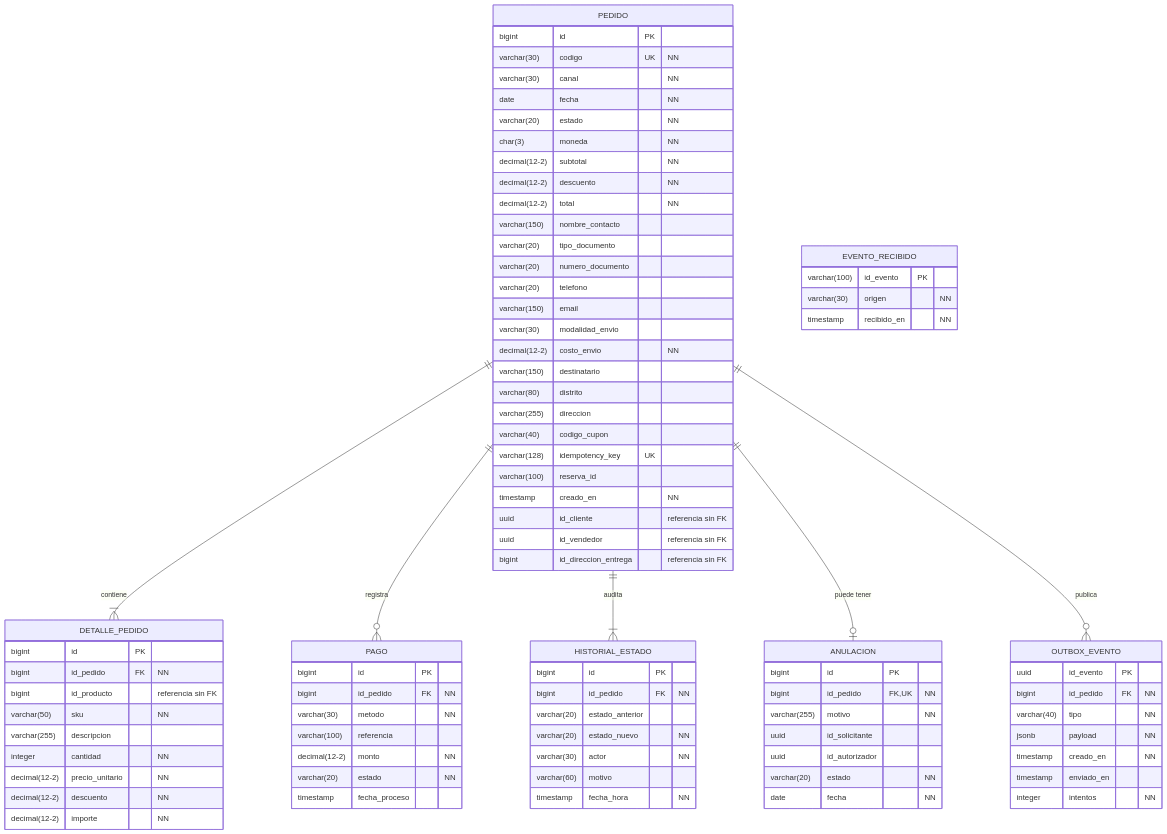
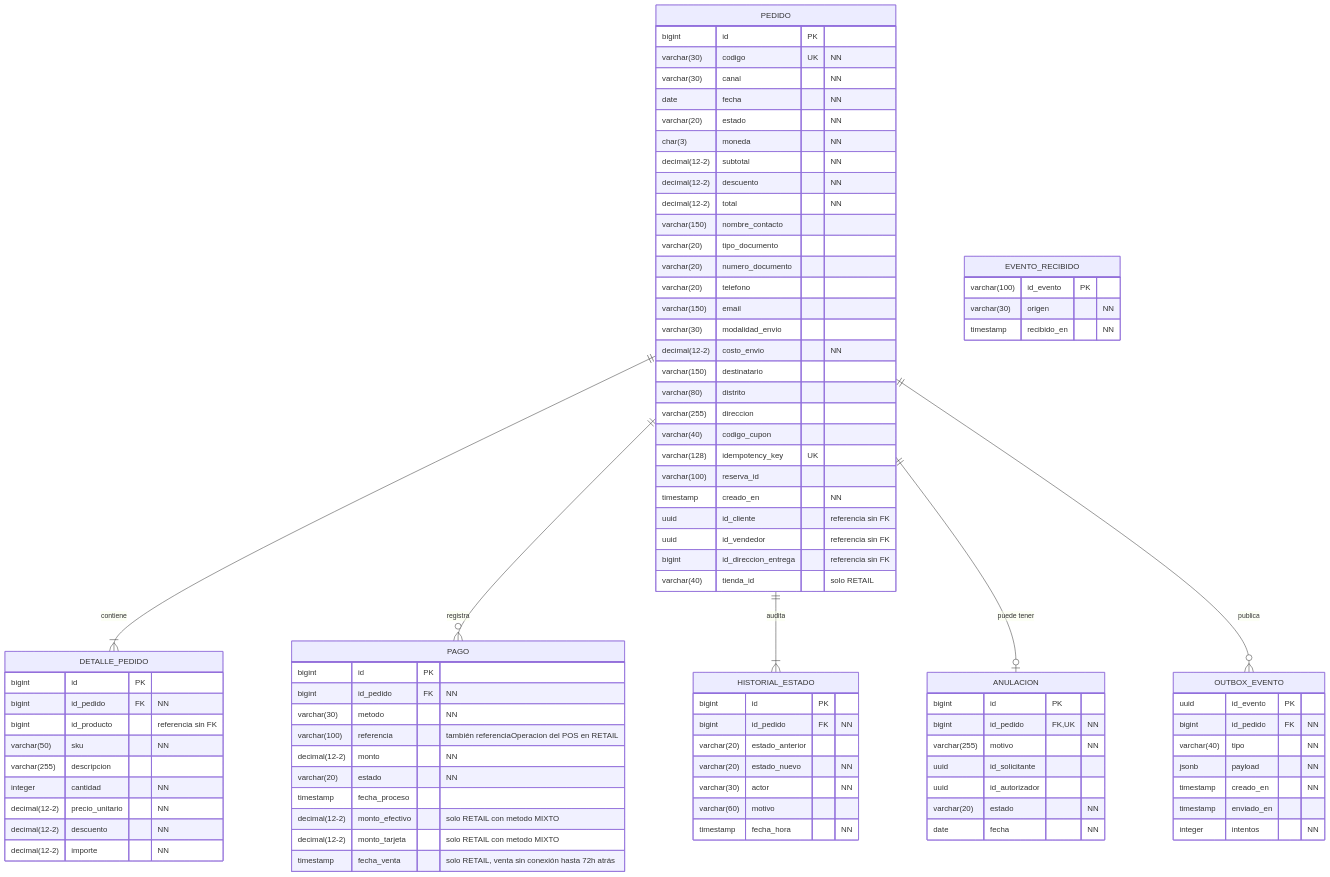
One commit to Taller-SW-Web/G5-Ventas-Postventas changed the first of 2 diagrams in diseno/diagramas/bd/diagrama-logico.md. Above: the diagram before and after it, drawn with Mermaid. The commit also changed other lines of this file and 2 other files, not shown here.

Commit message:
restore Retail columns dropped in merge conflict

```diff
--- a/diseno/diagramas/bd/diagrama-logico.md
+++ b/diseno/diagramas/bd/diagrama-logico.md
@@ -47,6 +47,7 @@
         uuid id_cliente "referencia sin FK"
         uuid id_vendedor "referencia sin FK"
         bigint id_direccion_entrega "referencia sin FK"
+        varchar(40) tienda_id "solo RETAIL"
     }
     DETALLE_PEDIDO {
         bigint id PK
@@ -63,10 +64,13 @@
         bigint id PK
         bigint id_pedido FK "NN"
         varchar(30) metodo "NN"
-        varchar(100) referencia
+        varchar(100) referencia "también referenciaOperacion del POS en RETAIL"
         decimal(12-2) monto "NN"
         varchar(20) estado "NN"
         timestamp fecha_proceso
+        decimal(12-2) monto_efectivo "solo RETAIL con metodo MIXTO"
+        decimal(12-2) monto_tarjeta "solo RETAIL con metodo MIXTO"
+        timestamp fecha_venta "solo RETAIL, venta sin conexión hasta 72h atrás"
     }
     HISTORIAL_ESTADO {
         bigint id PK
```
